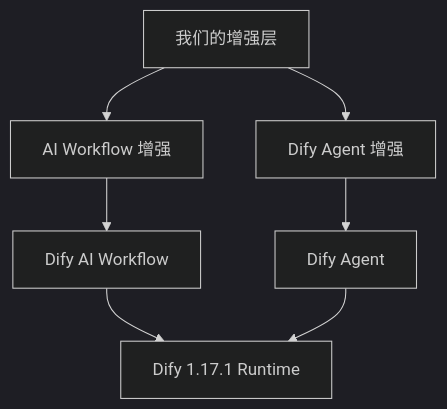
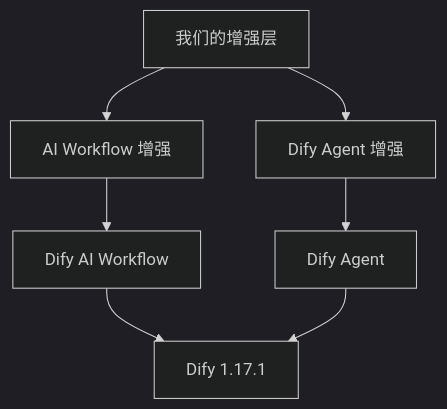
Diagram 20 of 20 in weekly-report/dify-1.17-core-capabilities-research.md (sgfd-ui/internship), drawn with Mermaid (dark theme) before and after one commit. The commit also changed other lines of this file, not shown here.

Commit message:
docs: deepen Dify AI Workflow and Agent research structure

````diff
--- a/weekly-report/dify-1.17-core-capabilities-research.md
+++ b/weekly-report/dify-1.17-core-capabilities-research.md
@@ -449,9 +750,9 @@
 ```mermaid
 flowchart TB
     A[我们的增强层] --> B[AI Workflow 增强]
     A --> C[Dify Agent 增强]
     B --> D[Dify AI Workflow]
     C --> E[Dify Agent]
-    D --> F[Dify 1.17.1 Runtime]
+    D --> F[Dify 1.17.1]
     E --> F
 ```
````
